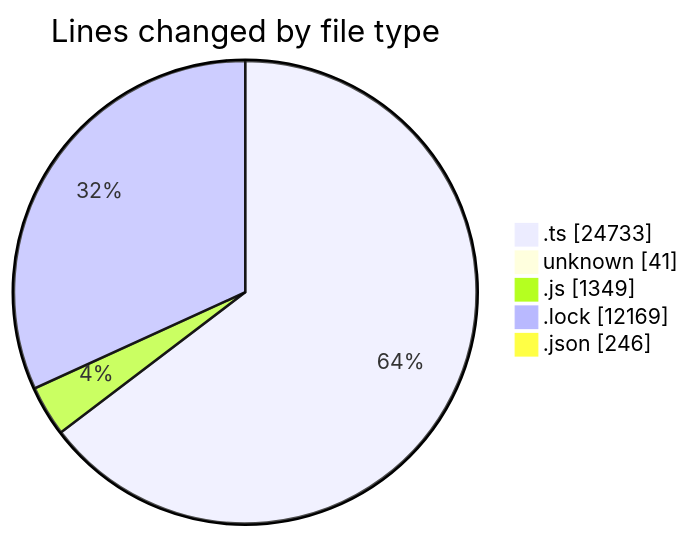
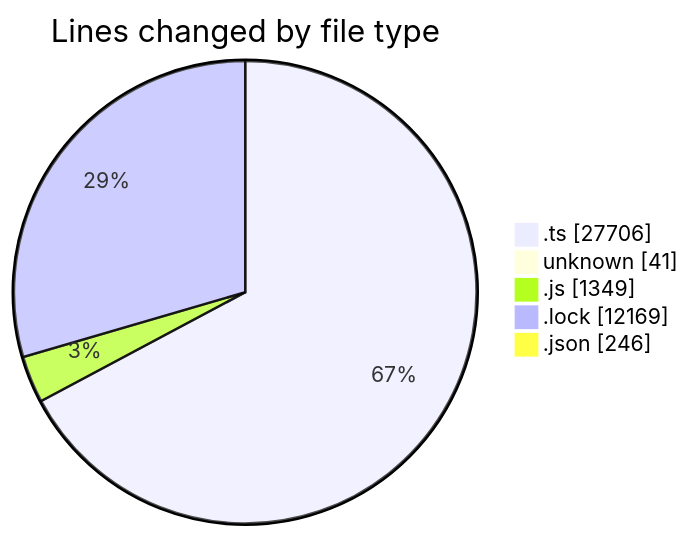
One commit to momahboobian/code-tracking changed the first of 2 diagrams in 2025-08-18/cda/README.md. Above: the diagram before and after it, drawn with Mermaid. The commit also changed other lines of this file and 1 other file, not shown here.

````diff
--- a/2025-08-18/cda/README.md
+++ b/2025-08-18/cda/README.md
@@ -39,9 +39,9 @@
 ```mermaid
 pie showData
 title Lines changed by file type
-".ts" : 24733
+".ts" : 27706
 "unknown" : 41
 ".js" : 1349
 ".lock" : 12169
 ".json" : 246
 ```
````
